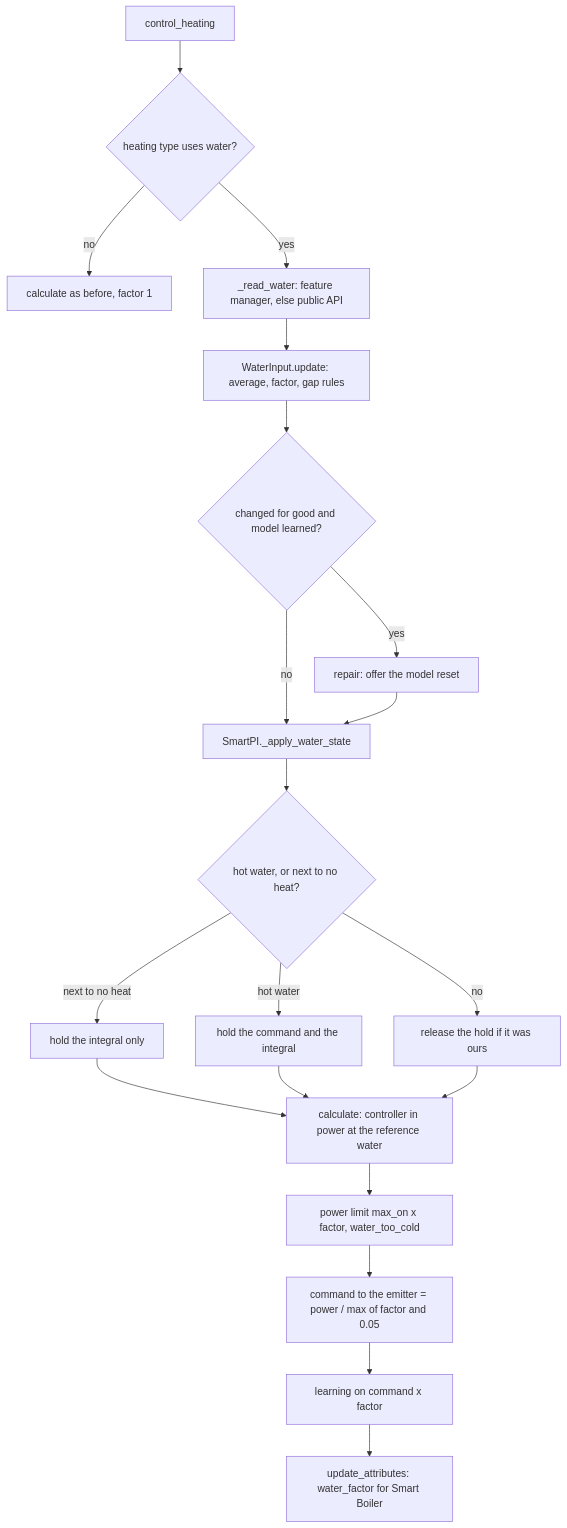
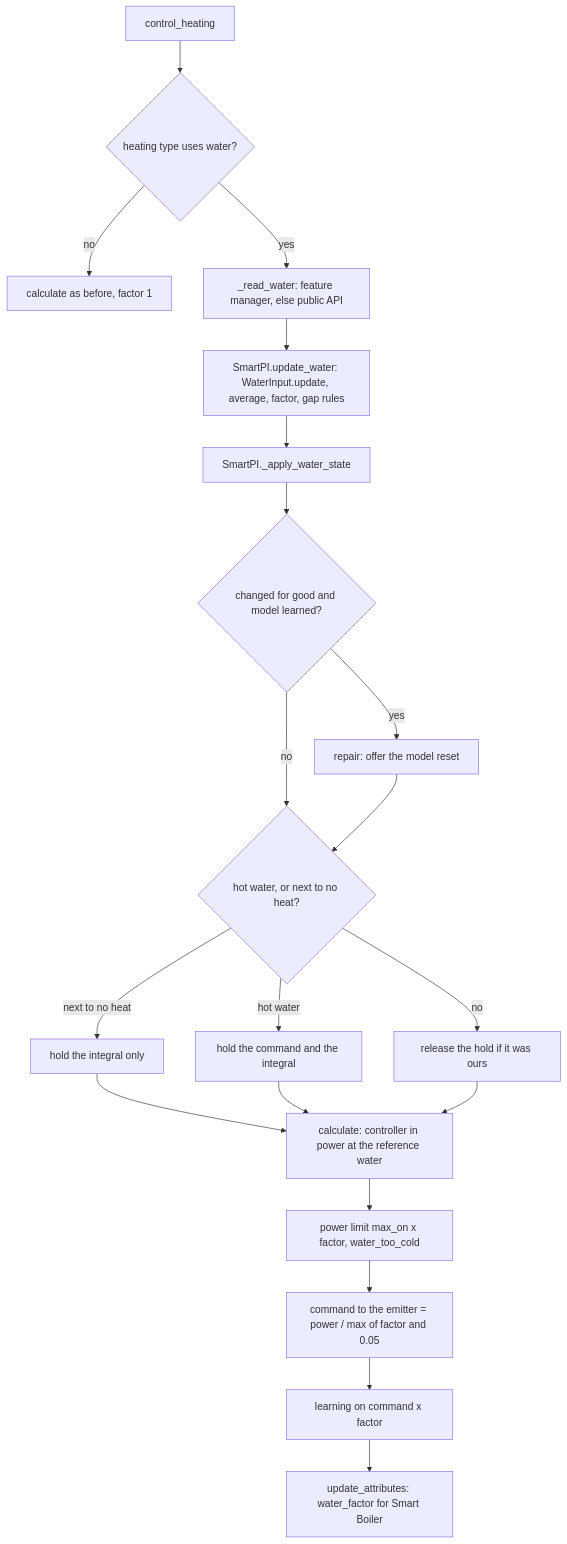
The first of 3 diagrams in documentation/en/water_input.md (Shadow-230/vtherm_smartpi), drawn with Mermaid before and after one commit. The commit also changed other lines of this file and 8 other files, not shown here.

````diff
--- a/documentation/en/water_input.md
+++ b/documentation/en/water_input.md
@@ -194,22 +205,22 @@
 ```mermaid
 flowchart TD
     A[control_heating] --> B{heating type uses water?}
     B -- no --> K[calculate as before, factor 1]
     B -- yes --> C[_read_water: feature manager, else public API]
-    C --> D[WaterInput.update: average, factor, gap rules]
-    D --> E{changed for good and model learned?}
+    C --> D[SmartPI.update_water: WaterInput.update, average, factor, gap rules]
+    D --> G[SmartPI._apply_water_state]
+    G --> E{changed for good and model learned?}
     E -- yes --> F[repair: offer the model reset]
-    E -- no --> G[SmartPI._apply_water_state]
-    F --> G
-    G --> H{hot water, or next to no heat?}
+    E -- no --> H{hot water, or next to no heat?}
+    F --> H
     H -- hot water --> I[hold the command and the integral]
     H -- next to no heat --> I2[hold the integral only]
     H -- no --> J[release the hold if it was ours]
     I2 --> K2
     I --> K2[calculate: controller in power at the reference water]
     J --> K2
     K2 --> L[power limit max_on x factor, water_too_cold]
     L --> M[command to the emitter = power / max of factor and 0.05]
     M --> N[learning on command x factor]
     N --> O[update_attributes: water_factor for Smart Boiler]
 ```
````
